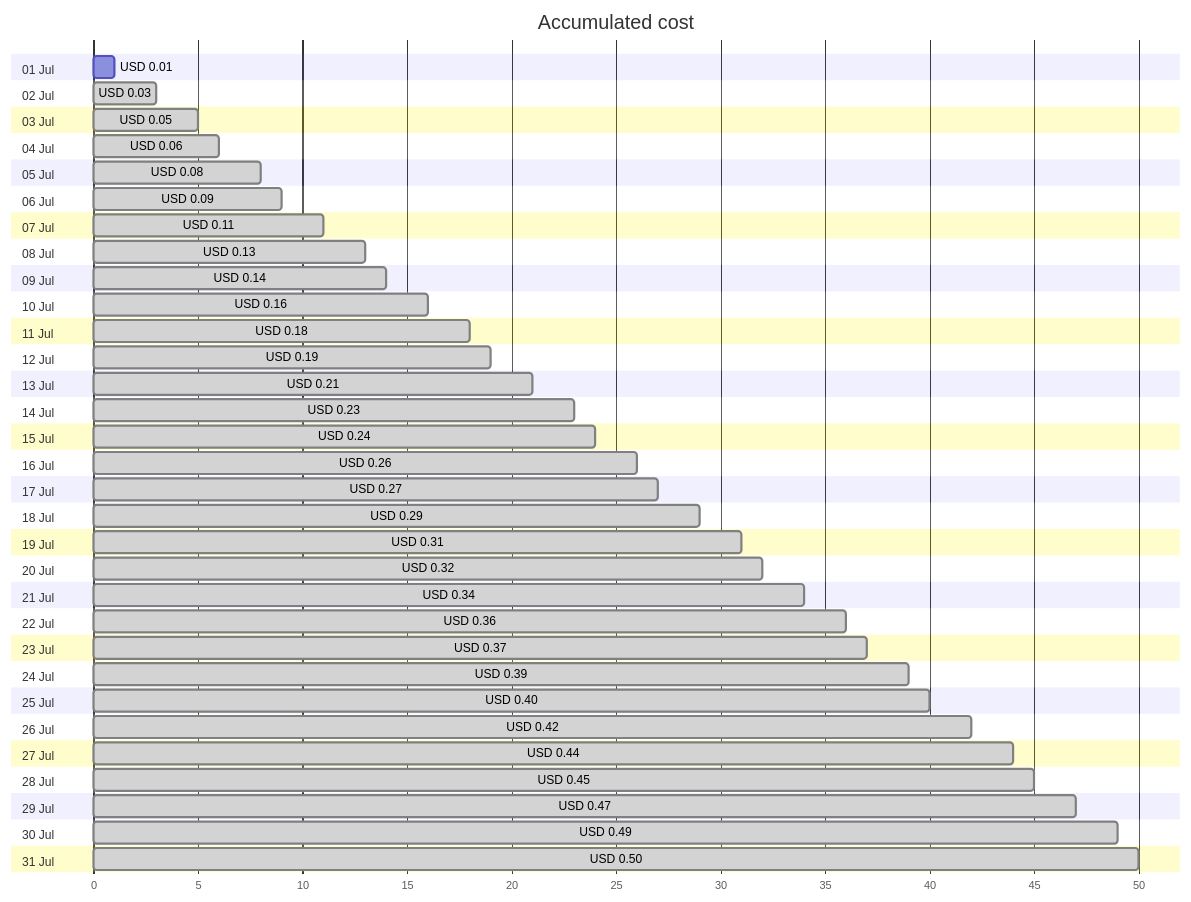
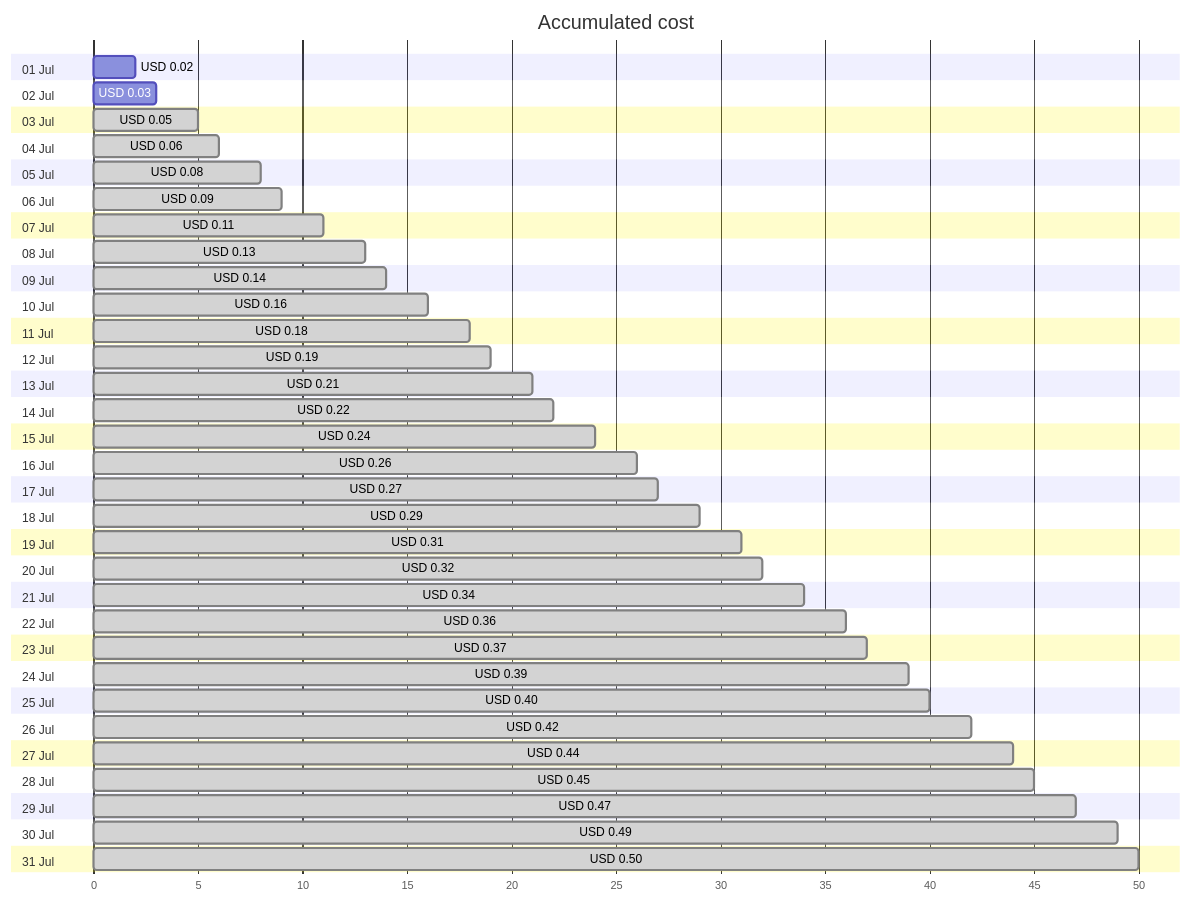
The first of 4 diagrams in cost-reports/personal-dns/jpatrickfulton.com.md (jpfulton/azure-personal-reports), drawn with Mermaid before and after one commit. The commit also changed other lines of this file and 2 other files, not shown here.

````diff
--- a/cost-reports/personal-dns/jpatrickfulton.com.md
+++ b/cost-reports/personal-dns/jpatrickfulton.com.md
@@ -20,68 +20,68 @@
 ```mermaid
 gantt
    title Accumulated cost
    dateFormat  X
    axisFormat %s
    section 01 Jul
-   USD 0.01 :0, 1
+   USD 0.02 :0, 2
    section 02 Jul
-   USD 0.03 : done, 0, 3
+   USD 0.03 :0, 3
    section 03 Jul
    USD 0.05 : done, 0, 5
    section 04 Jul
    USD 0.06 : done, 0, 6
    section 05 Jul
    USD 0.08 : done, 0, 8
    section 06 Jul
    USD 0.09 : done, 0, 9
    section 07 Jul
    USD 0.11 : done, 0, 11
    section 08 Jul
    USD 0.13 : done, 0, 13
    section 09 Jul
    USD 0.14 : done, 0, 14
    section 10 Jul
    USD 0.16 : done, 0, 16
    section 11 Jul
    USD 0.18 : done, 0, 18
    section 12 Jul
    USD 0.19 : done, 0, 19
    section 13 Jul
    USD 0.21 : done, 0, 21
    section 14 Jul
-   USD 0.23 : done, 0, 23
+   USD 0.22 : done, 0, 22
    section 15 Jul
    USD 0.24 : done, 0, 24
    section 16 Jul
    USD 0.26 : done, 0, 26
    section 17 Jul
    USD 0.27 : done, 0, 27
    section 18 Jul
    USD 0.29 : done, 0, 29
    section 19 Jul
    USD 0.31 : done, 0, 31
    section 20 Jul
    USD 0.32 : done, 0, 32
    section 21 Jul
    USD 0.34 : done, 0, 34
    section 22 Jul
    USD 0.36 : done, 0, 36
    section 23 Jul
    USD 0.37 : done, 0, 37
    section 24 Jul
    USD 0.39 : done, 0, 39
    section 25 Jul
    USD 0.40 : done, 0, 40
    section 26 Jul
    USD 0.42 : done, 0, 42
    section 27 Jul
    USD 0.44 : done, 0, 44
    section 28 Jul
    USD 0.45 : done, 0, 45
    section 29 Jul
    USD 0.47 : done, 0, 47
    section 30 Jul
    USD 0.49 : done, 0, 49
    section 31 Jul
    USD 0.50 : done, 0, 50
 ```
````
